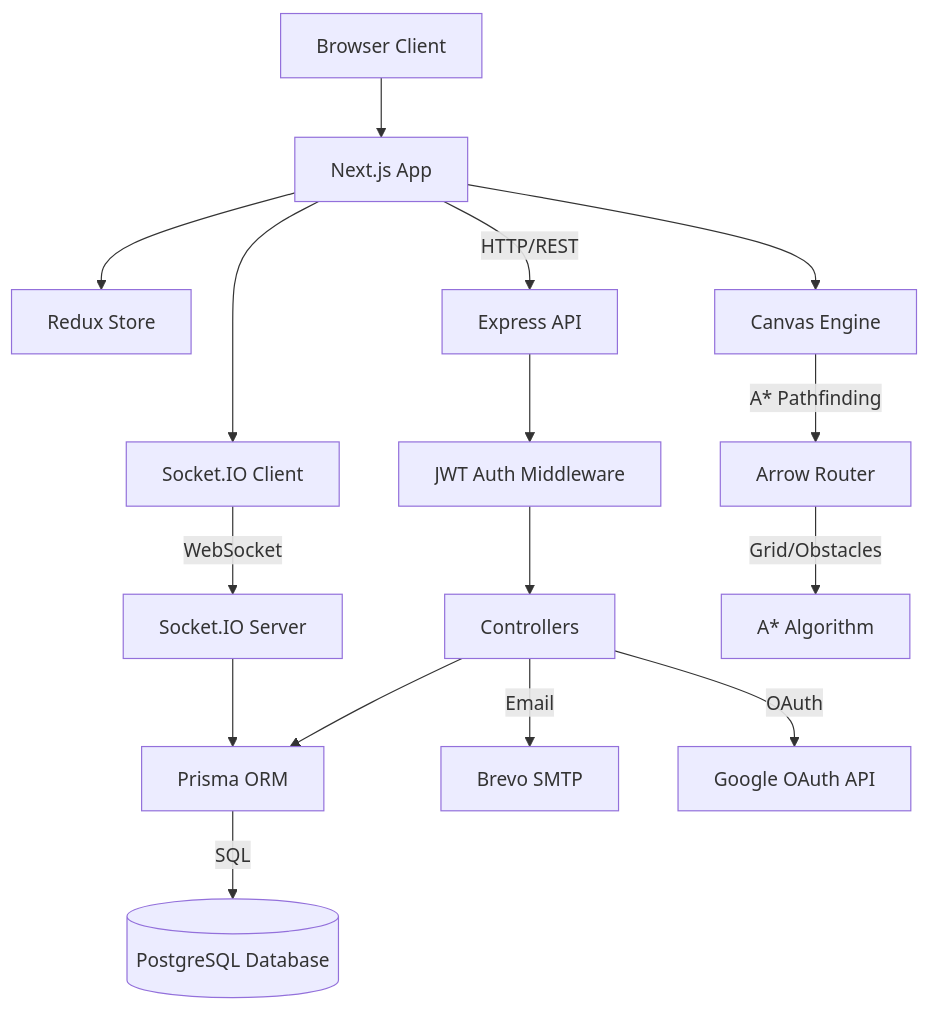
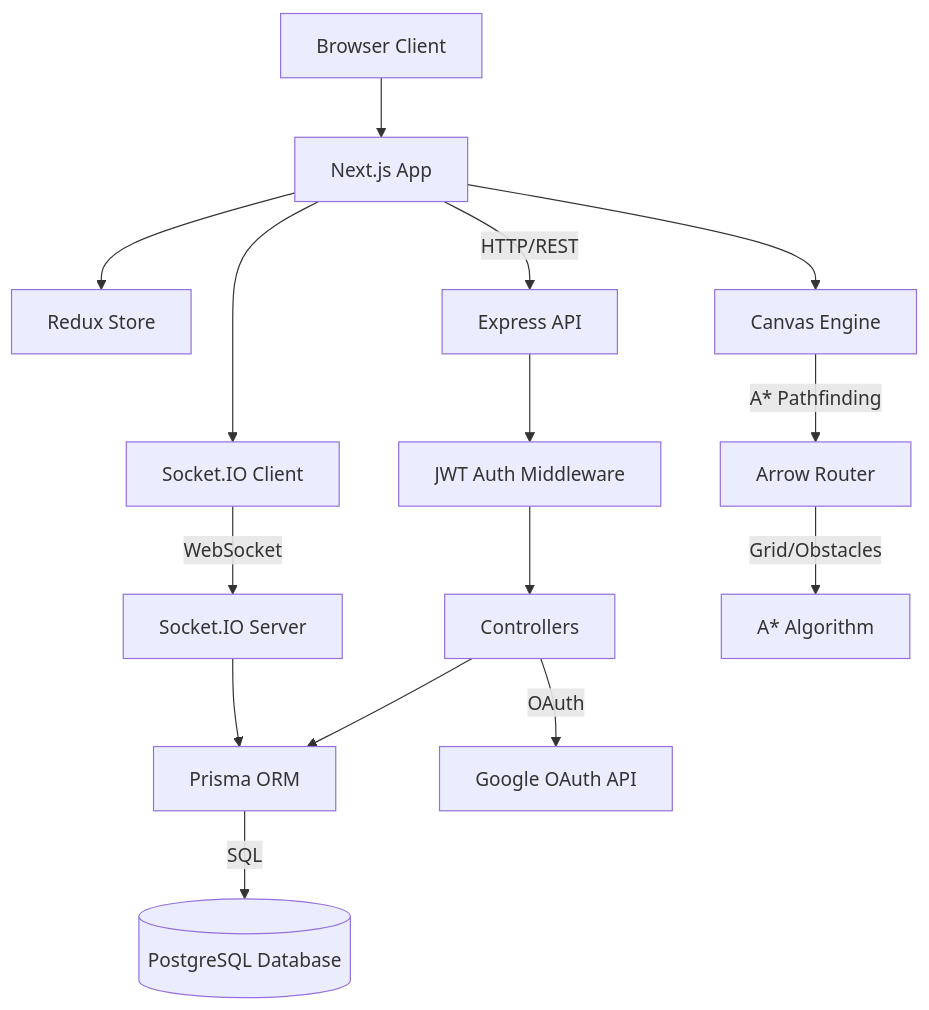
One commit to patiladitya77/synk changed the diagram in README.md. Above: the diagram before and after it, drawn with Mermaid. The commit also changed other lines of this file, not shown here.

Commit message:
docs: update README to reflect Google OAuth and remove deprecated email auth

````diff
--- a/README.md
+++ b/README.md
@@ -33,30 +32,29 @@
 ```mermaid
 flowchart TB
     Client[Browser Client]
     NextJS[Next.js App]
     Redux[Redux Store]
     Canvas[Canvas Engine]
     SocketClient[Socket.IO Client]
 
     Client --> NextJS
     NextJS --> Redux
     NextJS --> Canvas
     NextJS --> SocketClient
 
     SocketClient -->|WebSocket| SocketServer[Socket.IO Server]
     NextJS -->|HTTP/REST| Express[Express API]
 
     Express --> AuthMiddleware[JWT Auth Middleware]
     AuthMiddleware --> Controllers[Controllers]
 
     SocketServer --> Prisma[Prisma ORM]
     Controllers --> Prisma
 
     Prisma -->|SQL| PostgreSQL[(PostgreSQL Database)]
 
-    Controllers -->|Email| SMTP[Brevo SMTP]
     Controllers -->|OAuth| Google[Google OAuth API]
 
     Canvas -->|A* Pathfinding| Router[Arrow Router]
     Router -->|Grid/Obstacles| Astar[A* Algorithm]
 ```
````
